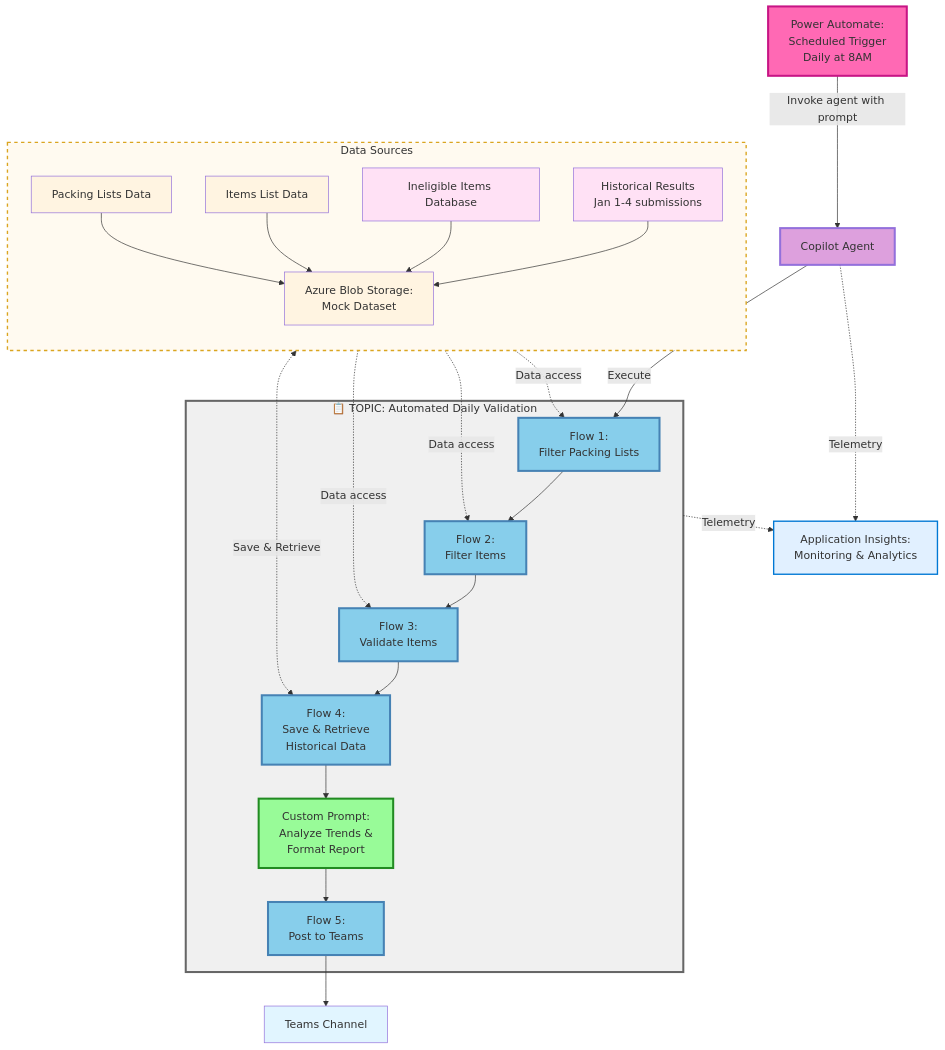
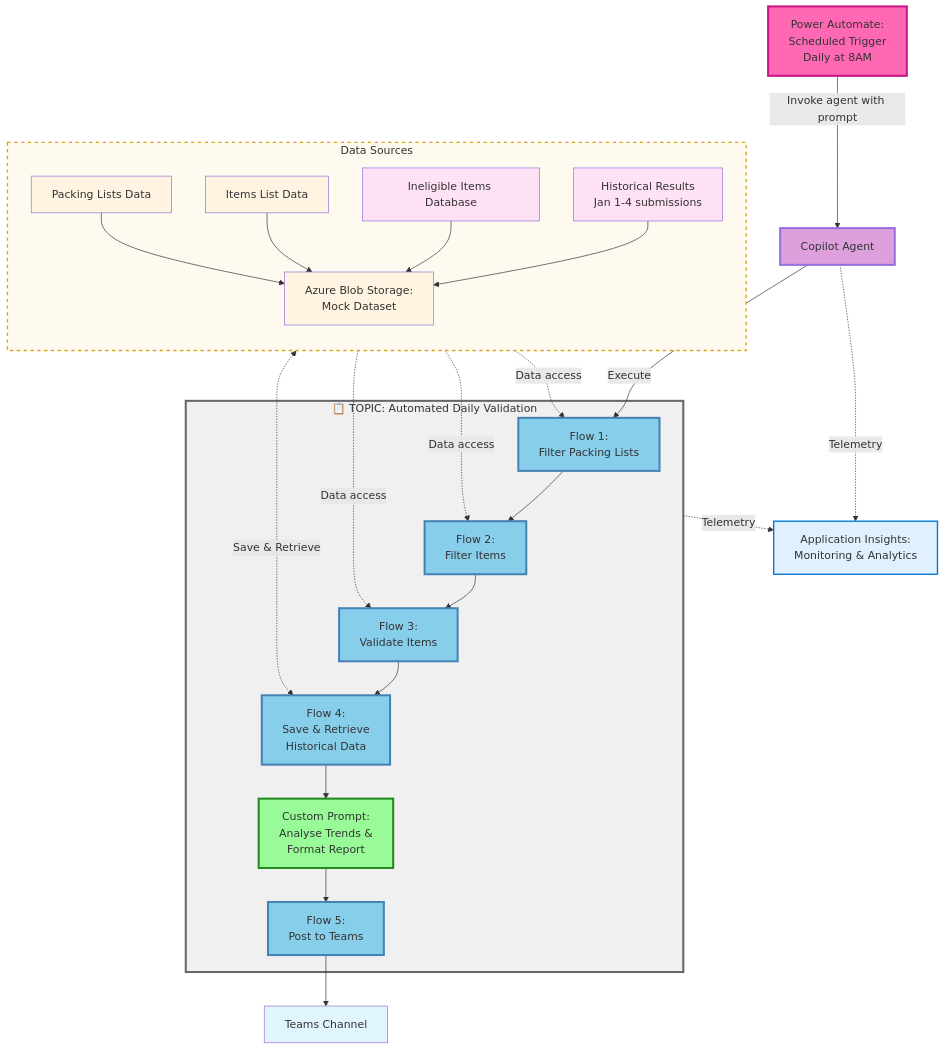
One commit to david-pizzi-cg/agentic-compliance-qa changed the third of 3 diagrams in README.md. Above: the diagram before and after it, drawn with Mermaid. The commit also changed other lines of this file, not shown here.

````diff
--- a/README.md
+++ b/README.md
@@ -250,72 +385,72 @@
 ```mermaid
 flowchart TD
     S[Power Automate:<br/>Scheduled Trigger<br/>Daily at 8AM]
     
     S -->|Invoke agent with prompt| T[Copilot Agent]
     
     T -->|Execute| E
     
     subgraph ADV["📋 TOPIC: Automated Daily Validation"]
         E[Flow 1:<br/>Filter Packing Lists]
         F[Flow 2:<br/>Filter Items]
         G[Flow 3:<br/>Validate Items]
         G4[Flow 4:<br/>Save & Retrieve<br/>Historical Data]
-        H[Custom Prompt:<br/>Analyze Trends &<br/>Format Report]
+        H[Custom Prompt:<br/>Analyse Trends &<br/>Format Report]
         I2[Flow 5:<br/>Post to Teams]
         
         E --> F
         F --> G
         G --> G4
         G4 --> H
         H --> I2
     end
     
     I2 --> J[Teams Channel]
     
     subgraph DS["Data Sources"]
         direction TB
         A[Packing Lists Data]
         B[Items List Data]
         C[Ineligible Items Database]
         HIS[Historical Results<br/>Jan 1-4 submissions]
         A --> D[Azure Blob Storage:<br/>Mock Dataset]
         B --> D
         C --> D
         HIS --> D
     end
     
     D -.->|Data access| E
     D -.->|Data access| F
     D -.->|Data access| G
     D <-.->|Save & Retrieve| G4
     
     T -.->|Telemetry| K[Application Insights:<br/>Monitoring & Analytics]
     ADV -.->|Telemetry| K
     
     style S fill:#ff69b4,stroke:#c71585,stroke-width:3px
     style T fill:#dda0dd,stroke:#9370db,stroke-width:3px
     style ADV fill:#f0f0f0,stroke:#666,stroke-width:3px
     style DS fill:#fffaf0,stroke:#daa520,stroke-width:2px,stroke-dasharray: 5 5
     style K fill:#e1f0ff,stroke:#0078d4,stroke-width:2px
     style A fill:#fff4e1
     style B fill:#fff4e1
     style C fill:#ffe1f5
     style D fill:#fff4e1
     style E fill:#87ceeb,stroke:#4682b4,stroke-width:3px
     style F fill:#87ceeb,stroke:#4682b4,stroke-width:3px
     style G fill:#87ceeb,stroke:#4682b4,stroke-width:3px
     style G4 fill:#87ceeb,stroke:#4682b4,stroke-width:3px
     style H fill:#98fb98,stroke:#228b22,stroke-width:3px
     style I2 fill:#87ceeb,stroke:#4682b4,stroke-width:3px
     style J fill:#e1f5ff
     style HIS fill:#ffe1f5
     
     classDef flow fill:#87ceeb,stroke:#4682b4,stroke-width:3px
     classDef prompt fill:#98fb98,stroke:#228b22,stroke-width:3px
     classDef trigger fill:#ff69b4,stroke:#c71585,stroke-width:3px
     classDef agent fill:#dda0dd,stroke:#9370db,stroke-width:3px
     class E,F,G,G4,I2 flow
     class H prompt
     class S trigger
     class T agent
 ```
````
